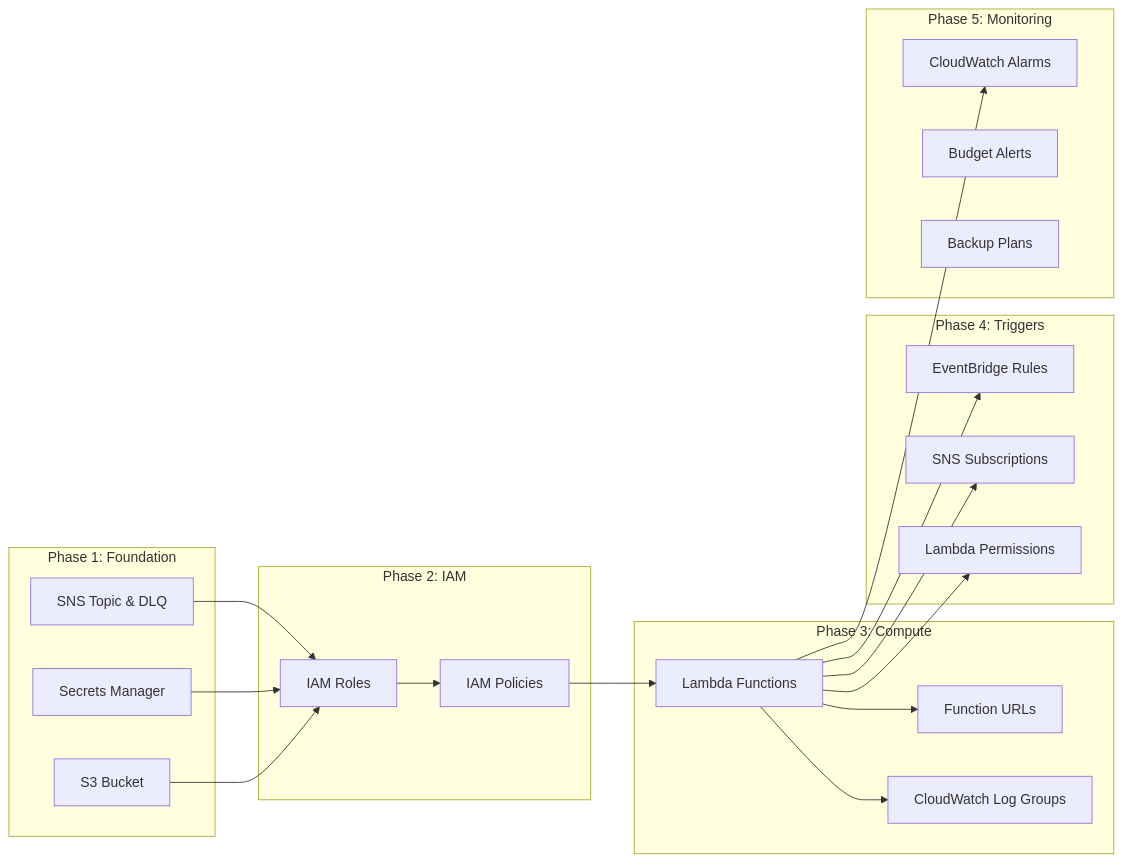
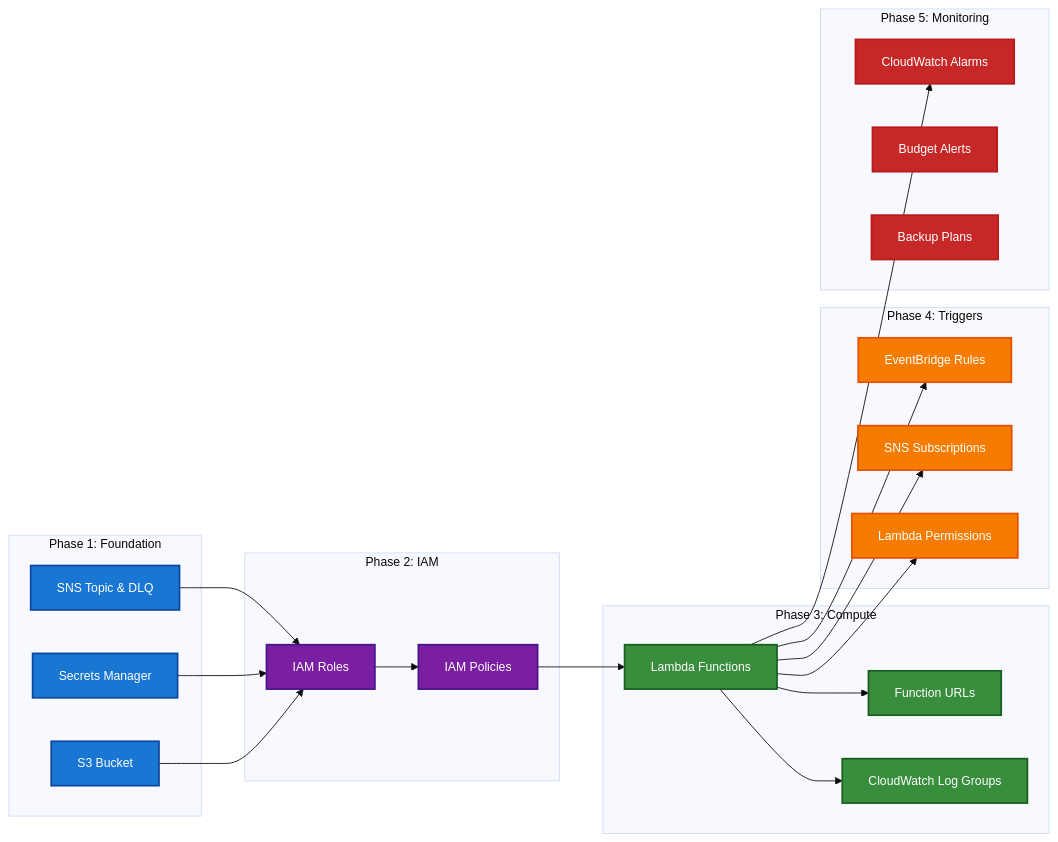
The second of 9 diagrams in docs/TERRAFORM_DEPLOYMENT_FLOW.md (traylorre/sentiment-analyzer-gsk), drawn with Mermaid before and after one commit. The commit also changed other lines of this file and 1 other file, not shown here.

First line of the commit message:
docs: Improve mermaid diagram accessibility and color contrast

````diff
--- a/docs/TERRAFORM_DEPLOYMENT_FLOW.md
+++ b/docs/TERRAFORM_DEPLOYMENT_FLOW.md
@@ -47,43 +54,56 @@
 ```mermaid
+%%{init: {'theme':'base', 'themeVariables': {'fontSize':'14px'}}}%%
 flowchart LR
     subgraph "Phase 1: Foundation"
         A[S3 Bucket]
         B[Secrets Manager]
         C[SNS Topic & DLQ]
     end
 
     subgraph "Phase 2: IAM"
         E[IAM Roles]
         F[IAM Policies]
     end
 
     subgraph "Phase 3: Compute"
         G[Lambda Functions]
         H[Function URLs]
         I[CloudWatch Log Groups]
     end
 
     subgraph "Phase 4: Triggers"
         J[EventBridge Rules]
         K[SNS Subscriptions]
         L[Lambda Permissions]
     end
 
     subgraph "Phase 5: Monitoring"
         M[CloudWatch Alarms]
         N[Budget Alerts]
         O[Backup Plans]
     end
 
     A --> E
     B --> E
     C --> E
     E --> F
     F --> G
     G --> H
     G --> I
     G --> J
     G --> K
     G --> L
     G --> M
+
+    classDef phase1 fill:#1976d2,stroke:#0d47a1,stroke-width:2px,color:#fff
+    classDef phase2 fill:#7b1fa2,stroke:#4a148c,stroke-width:2px,color:#fff
+    classDef phase3 fill:#388e3c,stroke:#1b5e20,stroke-width:2px,color:#fff
+    classDef phase4 fill:#f57c00,stroke:#e65100,stroke-width:2px,color:#fff
+    classDef phase5 fill:#c62828,stroke:#b71c1c,stroke-width:2px,color:#fff
+
+    class A,B,C phase1
+    class E,F phase2
+    class G,H,I phase3
+    class J,K,L phase4
+    class M,N,O phase5
 ```
````
